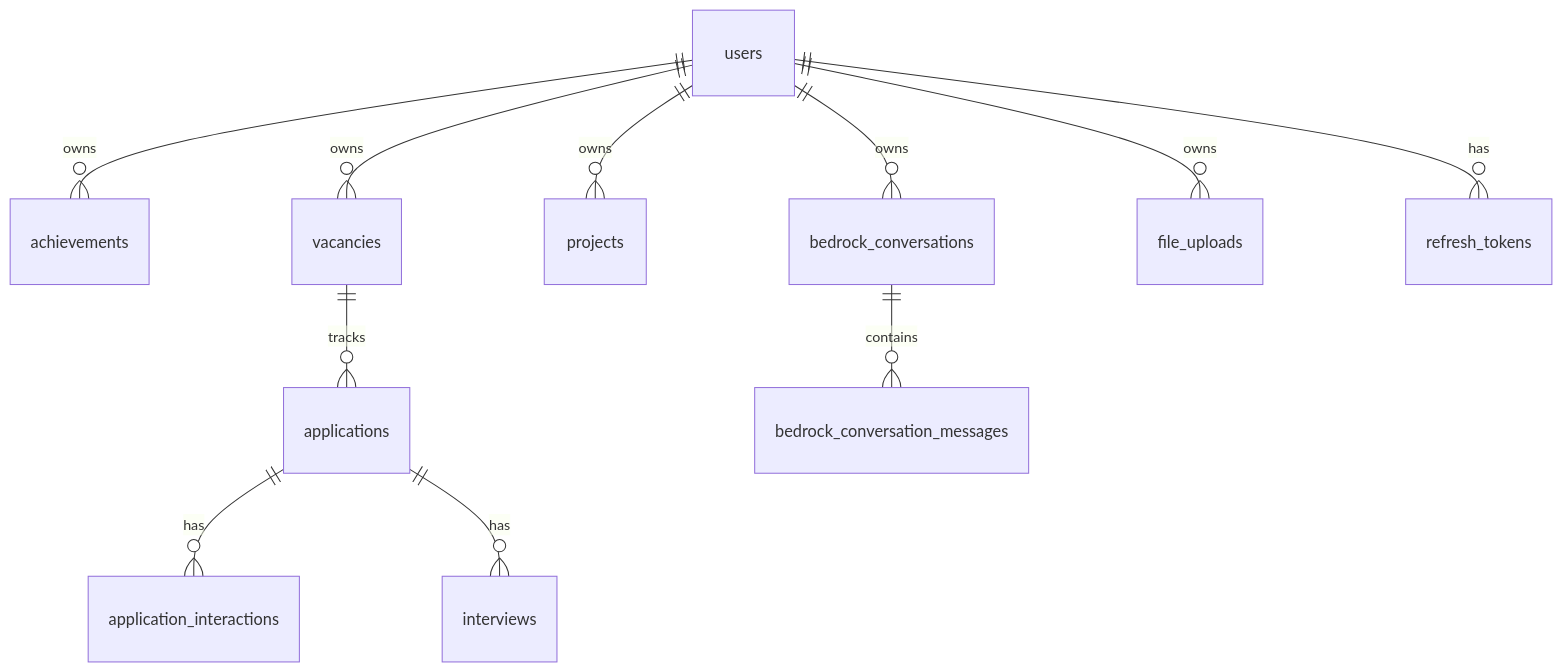
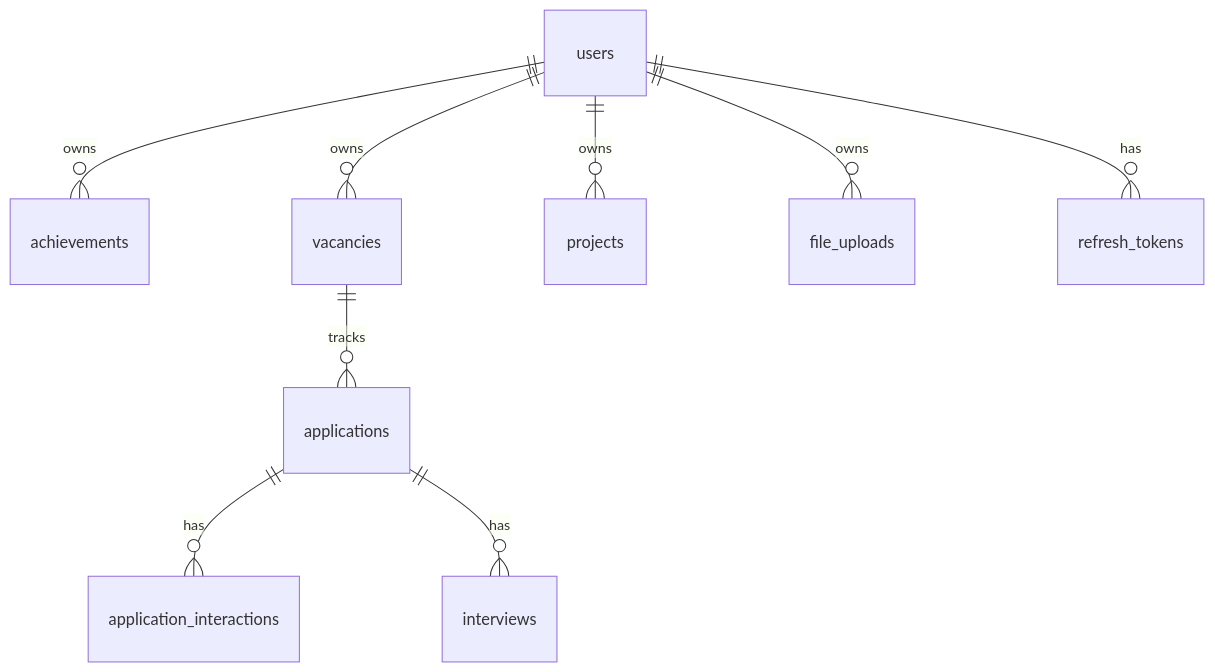
The diagram in cjhirashi-career-api/docs/DATABASE.md (cjhirashi/cjhirashi-career), drawn with Mermaid before and after one commit. The commit also changed other lines of this file and 82 other files, not shown here.

````diff
--- a/cjhirashi-career-api/docs/DATABASE.md
+++ b/cjhirashi-career-api/docs/DATABASE.md
@@ -76,15 +73,13 @@
 ```mermaid
 erDiagram
     users ||--o{ achievements : owns
     users ||--o{ vacancies : owns
     users ||--o{ projects : owns
-    users ||--o{ bedrock_conversations : owns
     users ||--o{ file_uploads : owns
     users ||--o{ refresh_tokens : has
 
     vacancies ||--o{ applications : tracks
     applications ||--o{ application_interactions : has
     applications ||--o{ interviews : has
 
-    bedrock_conversations ||--o{ bedrock_conversation_messages : contains
 ```
````
